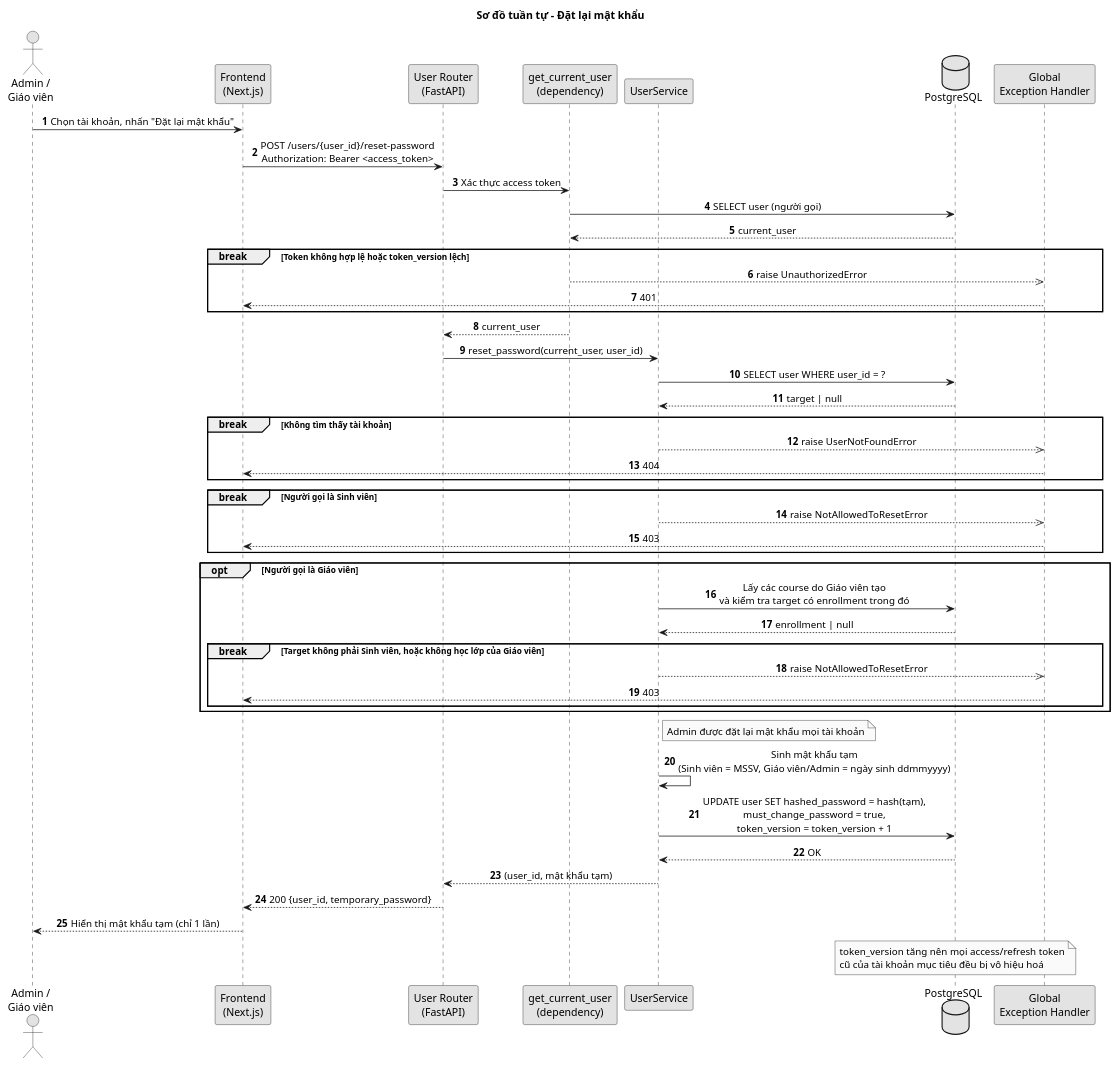
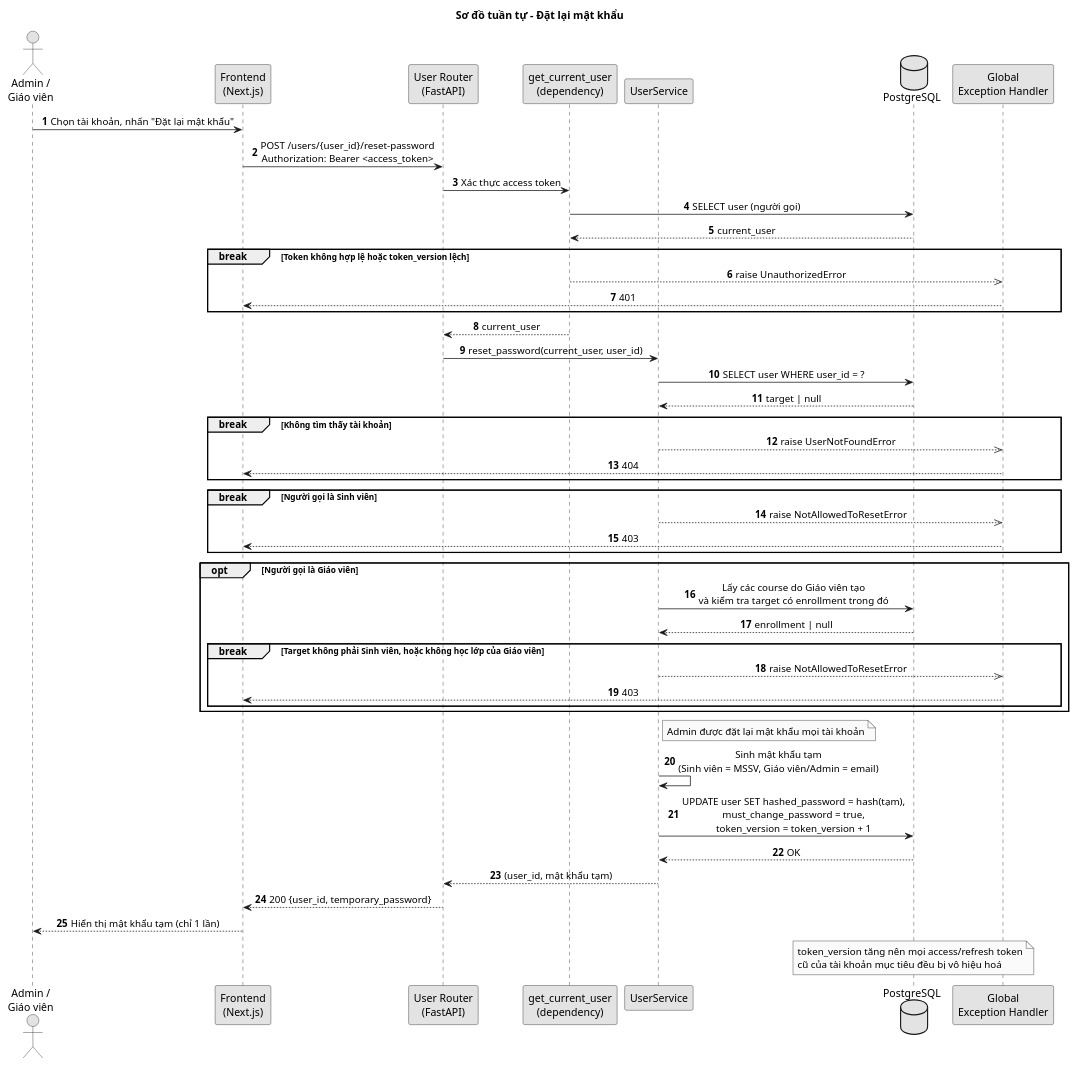
Before and after one commit to dinhnhathuyennhan/leet-code-utc2: the diagram in docs/diagrams/sequence/sequence-reset-password.puml, drawn with PlantUML. The commit also changed 4 other files, not shown here.

Commit message:
docs(auth): update reset password docs and diagrams

```diff
--- a/docs/diagrams/sequence/sequence-reset-password.puml
+++ b/docs/diagrams/sequence/sequence-reset-password.puml
@@ -1,65 +1,65 @@
 @startuml sequence-reset-password
 ' Đặt lại mật khẩu, theo backend/app/api/users.py và modules/users/service.py
 skinparam shadowing false
 skinparam monochrome true
 skinparam defaultFontName Arial
 skinparam sequenceMessageAlign center
 autonumber
 
 title Sơ đồ tuần tự - Đặt lại mật khẩu
 
 actor "Admin /\nGiáo viên" as U
 participant "Frontend\n(Next.js)" as FE
 participant "User Router\n(FastAPI)" as R
 participant "get_current_user\n(dependency)" as D
 participant "UserService" as S
 database "PostgreSQL" as DB
 participant "Global\nException Handler" as EH
 
 U -> FE : Chọn tài khoản, nhấn "Đặt lại mật khẩu"
 FE -> R : POST /users/{user_id}/reset-password\nAuthorization: Bearer <access_token>
 R -> D : Xác thực access token
 D -> DB : SELECT user (người gọi)
 DB --> D : current_user
 break Token không hợp lệ hoặc token_version lệch
   D -->> EH : raise UnauthorizedError
   EH --> FE : 401
 end
 D --> R : current_user
 
 R -> S : reset_password(current_user, user_id)
 S -> DB : SELECT user WHERE user_id = ?
 DB --> S : target | null
 break Không tìm thấy tài khoản
   S -->> EH : raise UserNotFoundError
   EH --> FE : 404
 end
 
 break Người gọi là Sinh viên
   S -->> EH : raise NotAllowedToResetError
   EH --> FE : 403
 end
 
 opt Người gọi là Giáo viên
   S -> DB : Lấy các course do Giáo viên tạo\nvà kiểm tra target có enrollment trong đó
   DB --> S : enrollment | null
   break Target không phải Sinh viên, hoặc không học lớp của Giáo viên
     S -->> EH : raise NotAllowedToResetError
     EH --> FE : 403
   end
 end
 note right of S : Admin được đặt lại mật khẩu mọi tài khoản
 
-S -> S : Sinh mật khẩu tạm\n(Sinh viên = MSSV, Giáo viên/Admin = ngày sinh ddmmyyyy)
+S -> S : Sinh mật khẩu tạm\n(Sinh viên = MSSV, Giáo viên/Admin = email)
 S -> DB : UPDATE user SET hashed_password = hash(tạm),\nmust_change_password = true,\ntoken_version = token_version + 1
 DB --> S : OK
 S --> R : (user_id, mật khẩu tạm)
 R --> FE : 200 {user_id, temporary_password}
 FE --> U : Hiển thị mật khẩu tạm (chỉ 1 lần)
 
 note over DB
   token_version tăng nên mọi access/refresh token
   cũ của tài khoản mục tiêu đều bị vô hiệu hoá
 end note
 
 @enduml
```
